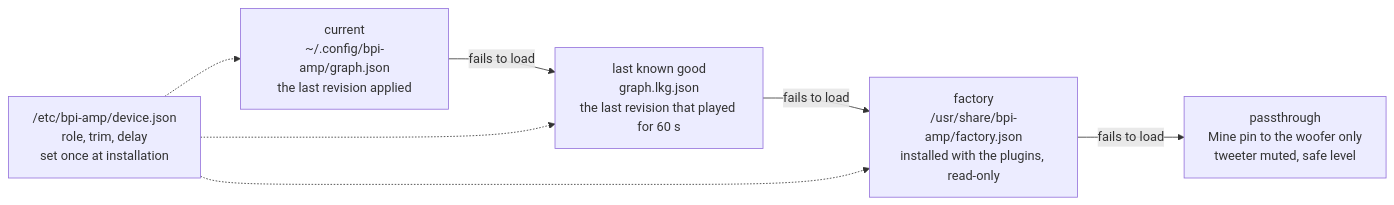
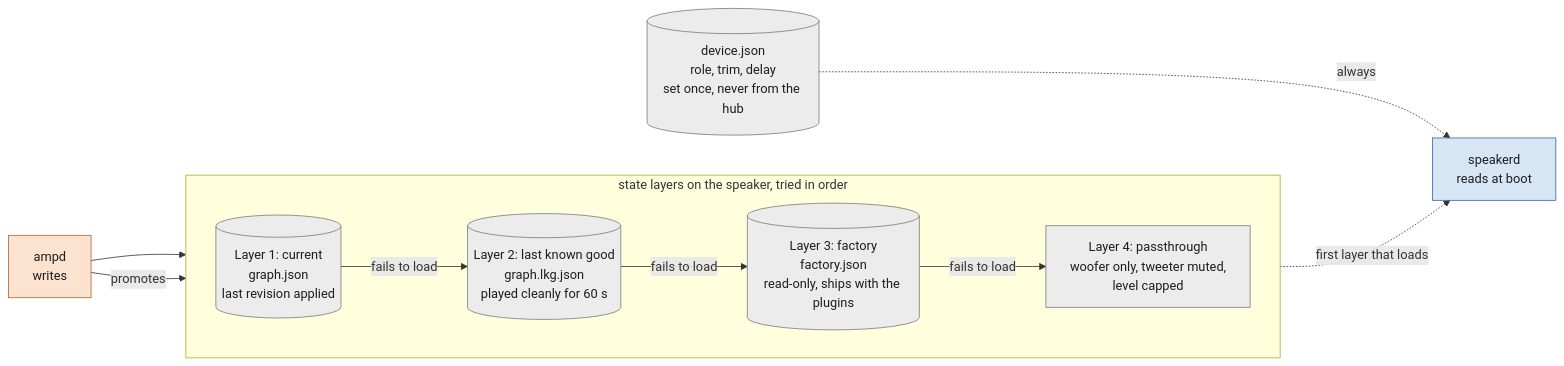
Before and after one commit to AMuszkat/bpi_amp_platform: the seventh of 9 diagrams in docs/remote-plugin-host.md, drawn with Mermaid. The commit also changed other lines of this file, not shown here.

First line of the commit message:
Clarify the remote plugin host diagrams and drop the PipeWire alternative

````diff
--- a/docs/remote-plugin-host.md
+++ b/docs/remote-plugin-host.md
@@ -242,9 +375,22 @@
 ```mermaid
 flowchart LR
-    cur["current<br/>~/.config/bpi-amp/graph.json<br/>the last revision applied"] -- "fails to load" --> lkg["last known good<br/>graph.lkg.json<br/>the last revision that played for 60 s"]
-    lkg -- "fails to load" --> fac["factory<br/>/usr/share/bpi-amp/factory.json<br/>installed with the plugins, read-only"]
-    fac -- "fails to load" --> pass["passthrough<br/>Mine pin to the woofer only<br/>tweeter muted, safe level"]
-    role["/etc/bpi-amp/device.json<br/>role, trim, delay<br/>set once at installation"] -.-> cur
-    role -.-> lkg
-    role -.-> fac
+    classDef ctl fill:#fbe3cf,stroke:#b4642a,color:#1d1d1d
+    classDef aud fill:#d6e6f5,stroke:#2f6aa3,color:#1d1d1d
+    classDef sto fill:#ececec,stroke:#7a7a7a,color:#1d1d1d
+
+    ampd["ampd<br/>writes"]:::ctl
+    subgraph layers["state layers on the speaker, tried in order"]
+        direction LR
+        cur[("Layer 1: current<br/>graph.json<br/>last revision applied")]:::sto
+        lkg[("Layer 2: last known good<br/>graph.lkg.json<br/>played cleanly for 60 s")]:::sto
+        fac[("Layer 3: factory<br/>factory.json<br/>read-only, ships with the plugins")]:::sto
+        pass["Layer 4: passthrough<br/>woofer only, tweeter muted,<br/>level capped"]:::sto
+        cur -- "fails to load" --> lkg -- "fails to load" --> fac -- "fails to load" --> pass
+    end
+    dev[("device.json<br/>role, trim, delay<br/>set once, never from the hub")]:::sto
+    sd["speakerd<br/>reads at boot"]:::aud
+    ampd --> cur
+    ampd -- "promotes" --> lkg
+    layers -. "first layer that loads" .-> sd
+    dev -. "always" .-> sd
 ```
````
